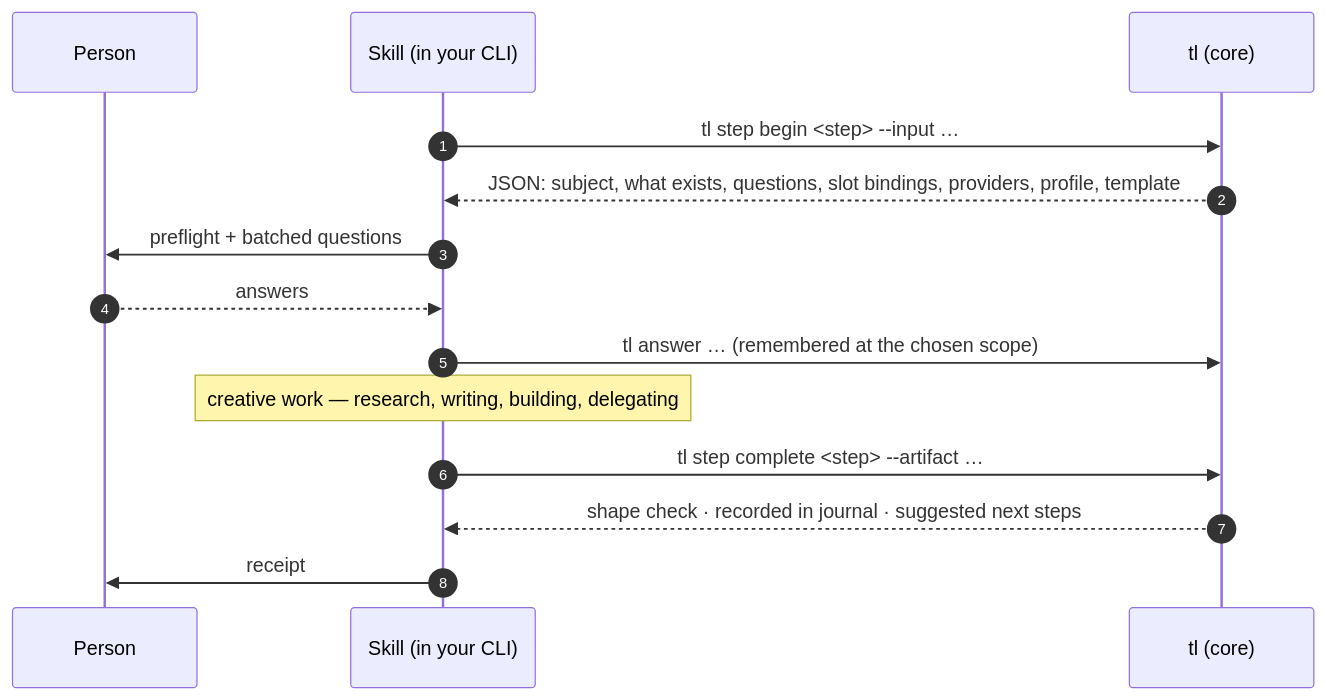
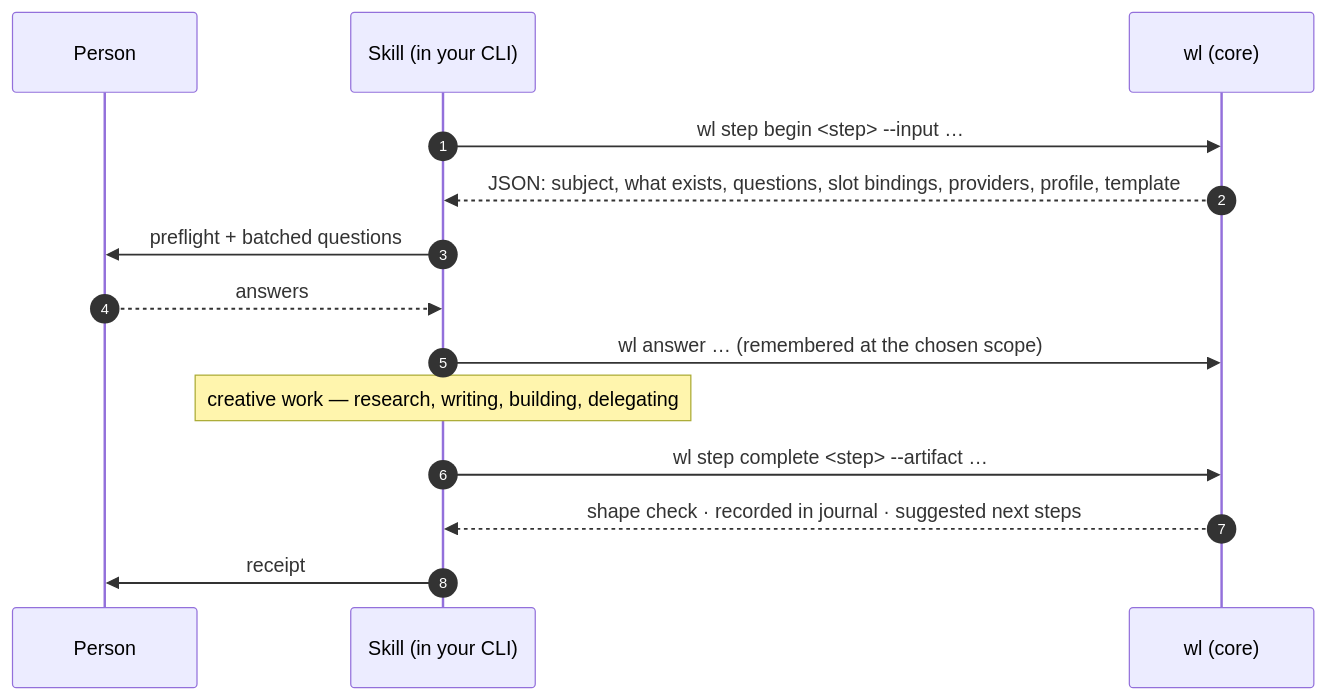
Before and after one commit to dreamingechoes/wholeloop: the third of 3 diagrams in docs/concepts.md, drawn with Mermaid. The commit also changed other lines of this file and 61 other files, not shown here.

````diff
--- a/docs/concepts.md
+++ b/docs/concepts.md
@@ -109,16 +109,16 @@
 ```mermaid
 sequenceDiagram
   autonumber
   participant U as Person
   participant S as Skill (in your CLI)
-  participant C as tl (core)
-  S->>C: tl step begin <step> --input …
+  participant C as wl (core)
+  S->>C: wl step begin <step> --input …
   C-->>S: JSON: subject, what exists, questions, slot bindings, providers, profile, template
   S->>U: preflight + batched questions
   U-->>S: answers
-  S->>C: tl answer … (remembered at the chosen scope)
+  S->>C: wl answer … (remembered at the chosen scope)
   Note over S: creative work — research, writing, building, delegating
-  S->>C: tl step complete <step> --artifact …
+  S->>C: wl step complete <step> --artifact …
   C-->>S: shape check · recorded in journal · suggested next steps
   S->>U: receipt
 ```
````
